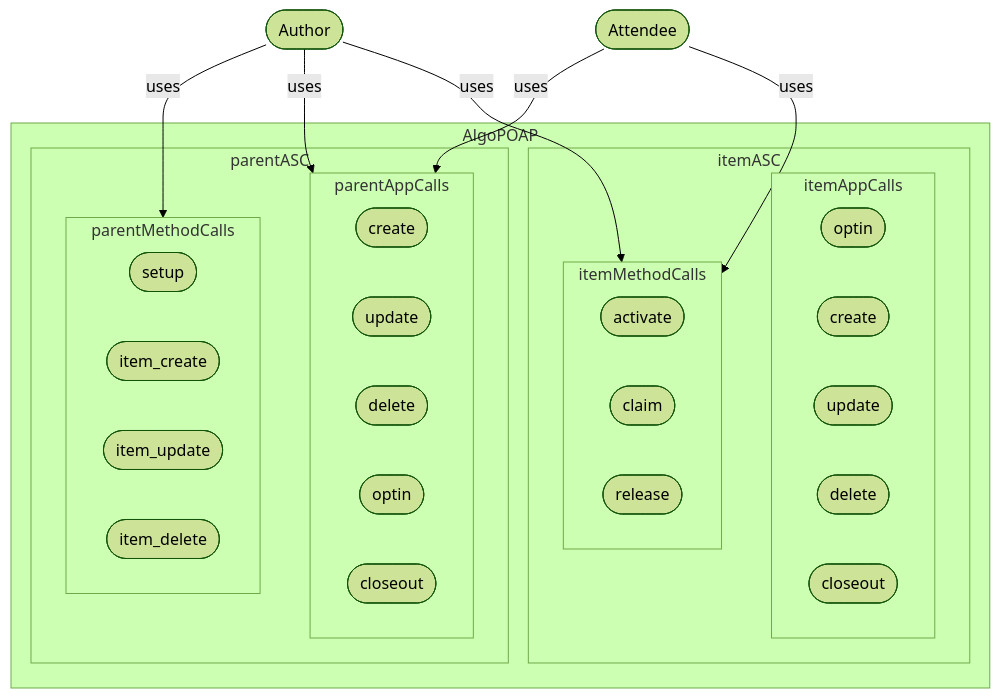
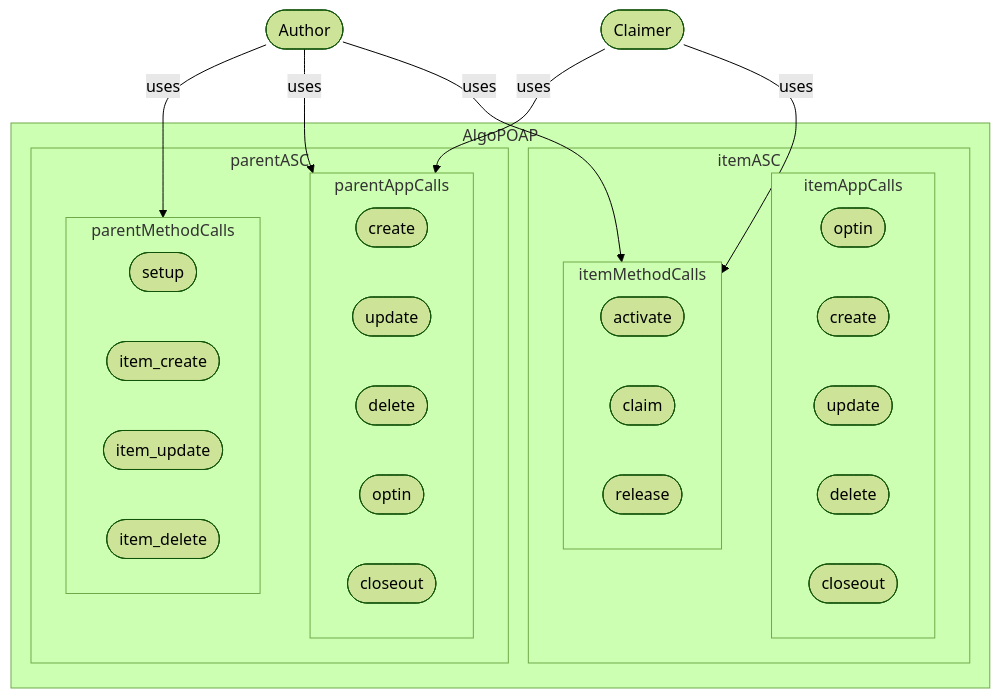
Before and after one commit to GoPlausible/.github: the sixth of 8 diagrams in profile/README.md, drawn with Mermaid (forest theme). The commit also changed other lines of this file, not shown here.

````diff
--- a/profile/README.md
+++ b/profile/README.md
@@ -323,54 +258,54 @@
 ```mermaid
   flowchart TB
 
     id1([Author]) --uses--> parentMethodCalls
     id1([Author]) --uses--> parentAppCalls
     id1([Author]) --uses--> itemMethodCalls
     
 
-    id2([Attendee]) --uses--> parentAppCalls 
-    id2([Attendee]) --uses--> itemMethodCalls 
+    id2([Claimer]) --uses--> parentAppCalls 
+    id2([Claimer]) --uses--> itemMethodCalls 
   
 
     subgraph AlgoPOAP
       
       subgraph parentASC
         subgraph parentAppCalls
         id3([create]) 
         id4([update]) 
         id5([delete]) 
         id6([optin]) 
         id7([closeout]) 
         end
         subgraph parentMethodCalls
         id61([setup]) 
         id8([item_create]) 
         id9([item_update]) 
         id10([item_delete]) 
  
         end
       end
       subgraph itemASC
         
         
         subgraph itemAppCalls
         id12([optin])
         id13([create]) 
         id14([update]) 
         id15([delete]) 
         id17([closeout]) 
         end
         subgraph itemMethodCalls
         id18([setup]) 
         id18([activate]) 
         id19([claim]) 
         id20([release]) 
         end
       end
       
     end 
    
     
     
 
 ```
````
